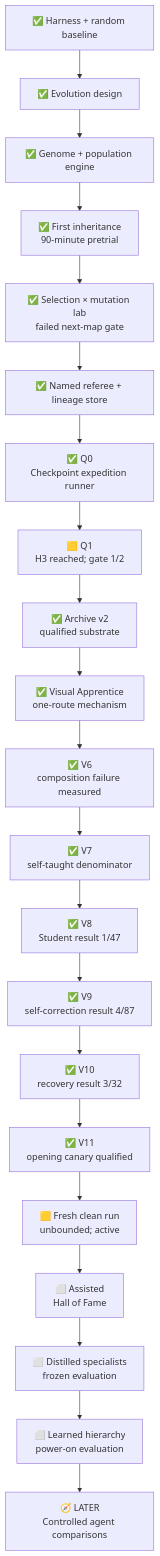
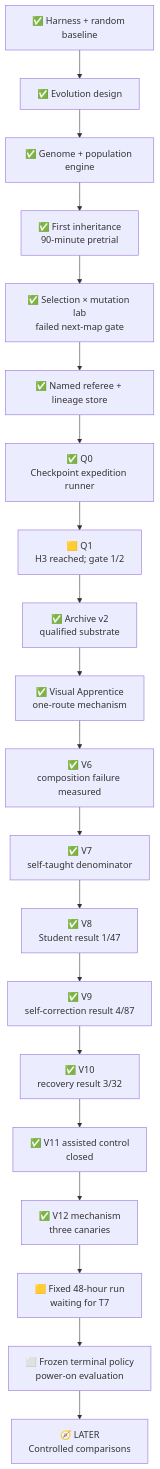
The diagram in docs/roadmap.md (PeteAndrews1289/pokemon-red-ai), drawn with Mermaid before and after one commit. The commit also changed other lines of this file and 17 other files, not shown here.

````diff
--- a/docs/roadmap.md
+++ b/docs/roadmap.md
@@ -166,23 +175,22 @@
 ```mermaid
 flowchart TD
     P0["✅ Harness + random baseline"] --> EV0["✅ Evolution design"]
     EV0 --> EV1["✅ Genome + population engine"]
     EV1 --> PRE["✅ First inheritance<br/>90-minute pretrial"]
     PRE --> LAB["✅ Selection × mutation lab<br/>failed next-map gate"]
     LAB --> REF["✅ Named referee + lineage store"]
     REF --> P1["✅ Q0<br/>Checkpoint expedition runner"]
     P1 --> Q1["🟨 Q1<br/>H3 reached; gate 1/2"]
     Q1 --> SC["✅ Archive v2<br/>qualified substrate"]
     SC --> VA["✅ Visual Apprentice<br/>one-route mechanism"]
     VA --> V6["✅ V6<br/>composition failure measured"]
     V6 --> V7["✅ V7<br/>self-taught denominator"]
     V7 --> V8["✅ V8<br/>Student result 1/47"]
     V8 --> V9["✅ V9<br/>self-correction result 4/87"]
     V9 --> V10["✅ V10<br/>recovery result 3/32"]
-    V10 --> V11["✅ V11<br/>opening canary qualified"]
-    V11 --> RUN["🟨 Fresh clean run<br/>unbounded; active"]
-    RUN --> HOF["⬜ Assisted<br/>Hall of Fame"]
-    HOF --> SK["⬜ Distilled specialists<br/>frozen evaluation"]
-    SK --> P2["⬜ Learned hierarchy<br/>power-on evaluation"]
-    P2 --> AB["🧭 LATER<br/>Controlled agent comparisons"]
+    V10 --> V11["✅ V11 assisted control<br/>closed"]
+    V11 --> V12["✅ V12 mechanism<br/>three canaries"]
+    V12 --> RUN["🟨 Fixed 48-hour run<br/>waiting for T7"]
+    RUN --> HOF["⬜ Frozen terminal policy<br/>power-on evaluation"]
+    HOF --> AB["🧭 LATER<br/>Controlled comparisons"]
 ```
````
